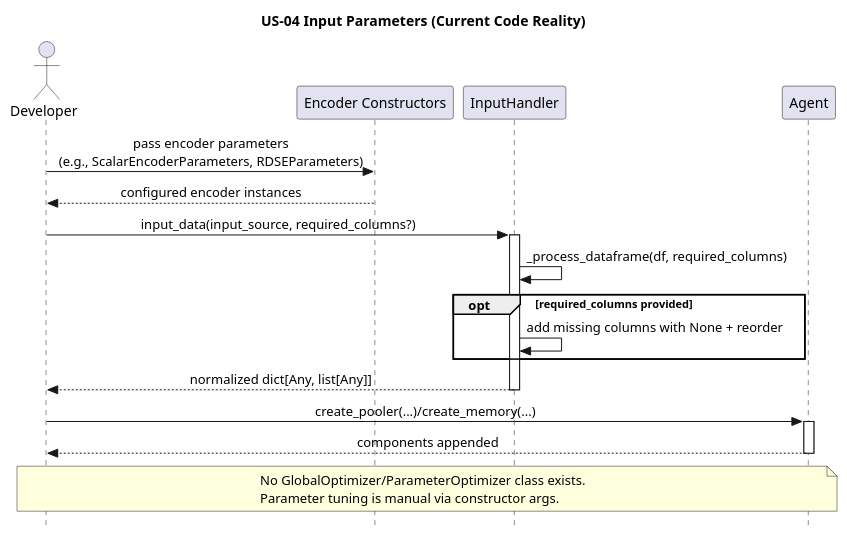
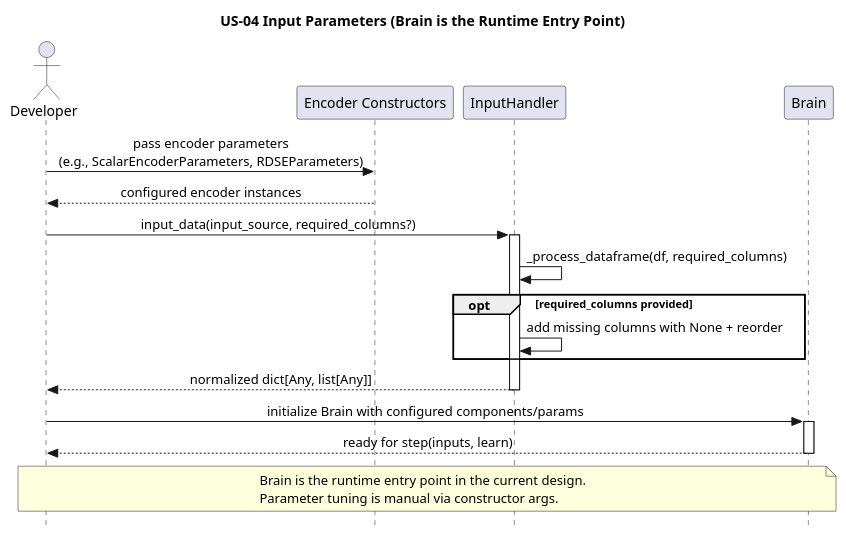
Before and after one commit to egrembocki/htmrl: the diagram in docs/puml/US/us-04.puml, drawn with PlantUML. The commit also changed 6 other files, not shown here.

```diff
--- a/docs/puml/US/us-04.puml
+++ b/docs/puml/US/us-04.puml
@@ -1,34 +1,33 @@
 @startuml
 skinparam style strictuml
 skinparam sequenceMessageAlign center
 skinparam responseMessageBelowArrow true
-title US-04 Input Parameters (Current Code Reality)
+title US-04 Input Parameters (Brain is the Runtime Entry Point)
 
 actor Developer
 participant "Encoder Constructors" as EC
 participant "InputHandler" as IH
-participant "Agent" as AG
+participant "Brain" as B
 
 Developer -> EC: pass encoder parameters\n(e.g., ScalarEncoderParameters, RDSEParameters)
 EC --> Developer: configured encoder instances
 
 Developer -> IH: input_data(input_source, required_columns?)
 activate IH
 IH -> IH: _process_dataframe(df, required_columns)
 opt required_columns provided
   IH -> IH: add missing columns with None + reorder
 end
 IH --> Developer: normalized dict[Any, list[Any]]
-
 deactivate IH
 
-Developer -> AG: create_pooler(...)/create_memory(...)
-activate AG
-AG --> Developer: components appended
-deactivate AG
+Developer -> B: initialize Brain with configured components/params
+activate B
+B --> Developer: ready for step(inputs, learn)
+deactivate B
 
-note over Developer,AG
-No GlobalOptimizer/ParameterOptimizer class exists.
+note over Developer,B
+Brain is the runtime entry point in the current design.
 Parameter tuning is manual via constructor args.
 end note
 @enduml
```
